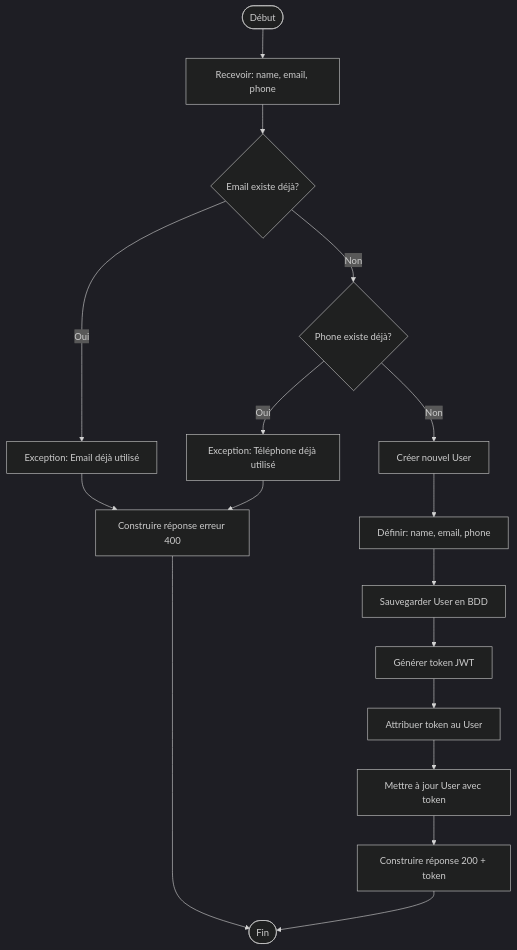
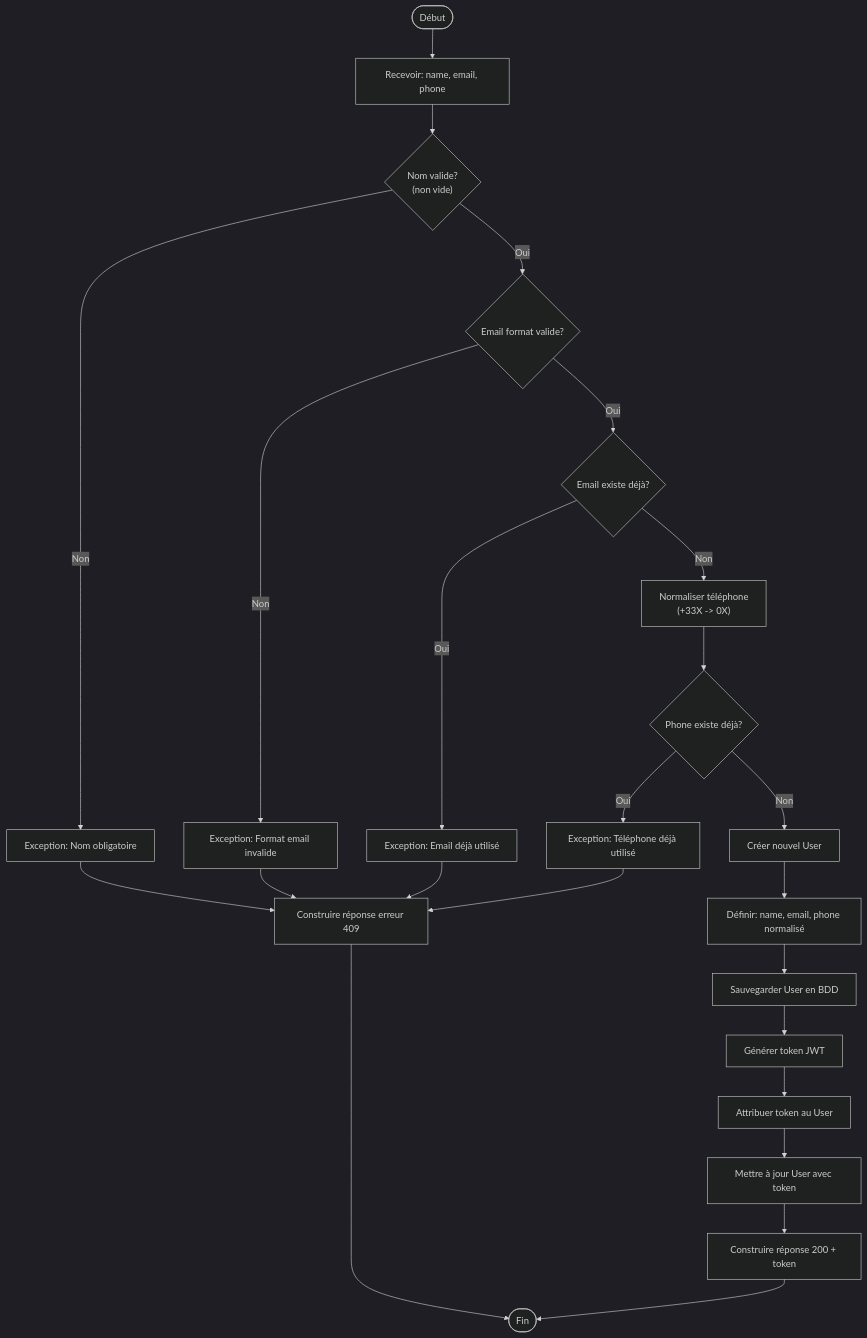
One commit to oberlinkeyanfe-ops/TP352 changed the diagram in CFG/registerAndGetToken.md. Above: the diagram before and after it, drawn with Mermaid (dark theme). The commit also changed 64 other files, not shown here.

````diff
--- a/CFG/registerAndGetToken.md
+++ b/CFG/registerAndGetToken.md
@@ -1,19 +1,26 @@
 ```mermaid
 flowchart TD
     Start(["Début"]) --> Input["Recevoir: name, email, phone"]
-    Input --> CheckEmail{"Email existe déjà?"}
+    Input --> ValidateName{"Nom valide?<br/>(non vide)"}
+    ValidateName -->|"Non"| ErrorName["Exception: Nom obligatoire"]
+    ValidateName -->|"Oui"| ValidateEmailFormat{"Email format valide?"}
+    ValidateEmailFormat -->|"Non"| ErrorEmailFormat["Exception: Format email invalide"]
+    ValidateEmailFormat -->|"Oui"| CheckEmail{"Email existe déjà?"}
     CheckEmail -->|"Oui"| ErrorEmail["Exception: Email déjà utilisé"]
-    CheckEmail -->|"Non"| CheckPhone{"Phone existe déjà?"}
+    CheckEmail -->|"Non"| NormalizePhone["Normaliser téléphone<br/>(+33X -> 0X)"]
+    NormalizePhone --> CheckPhone{"Phone existe déjà?"}
     CheckPhone -->|"Oui"| ErrorPhone["Exception: Téléphone déjà utilisé"]
     CheckPhone -->|"Non"| CreateUser["Créer nouvel User"]
-    CreateUser --> SetFields["Définir: name, email, phone"]
+    CreateUser --> SetFields["Définir: name, email, phone normalisé"]
     SetFields --> SaveUser["Sauvegarder User en BDD"]
     SaveUser --> GenToken["Générer token JWT"]
     GenToken --> SetToken["Attribuer token au User"]
     SetToken --> UpdateUser["Mettre à jour User avec token"]
     UpdateUser --> BuildResponse["Construire réponse 200 + token"]
-    ErrorEmail --> BuildError["Construire réponse erreur 400"]
-    ErrorPhone --> BuildError
+    ErrorName --> BuildError["Construire réponse erreur 400"]
+    ErrorEmailFormat --> BuildError
+    ErrorEmail --> BuildError["Construire réponse erreur 409"]
+    ErrorPhone --> BuildError["Construire réponse erreur 409"]
     BuildResponse --> Return(["Fin"])
     BuildError --> Return
 ```
````
